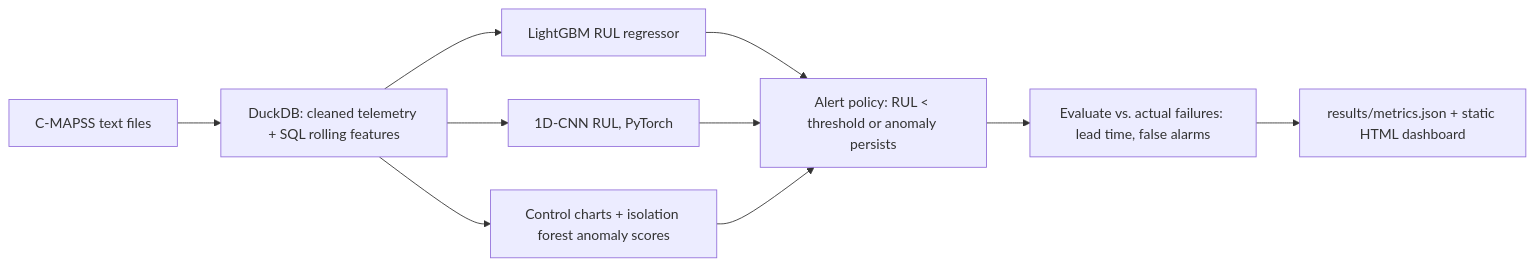
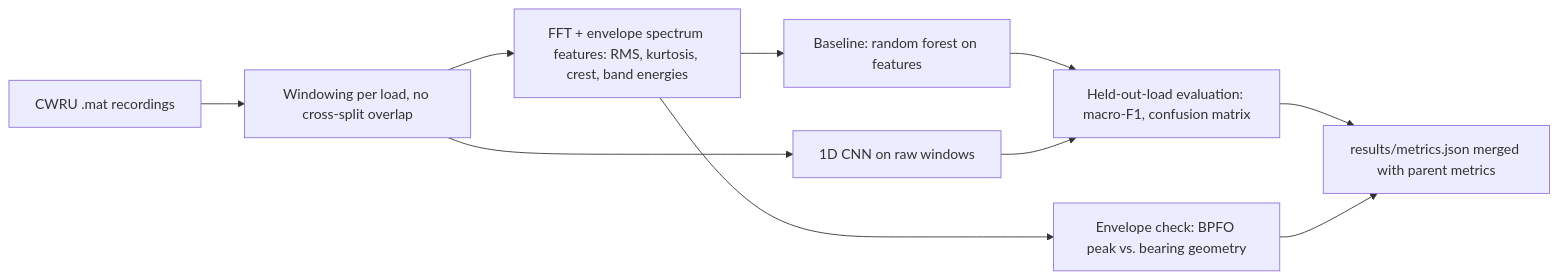
The diagram in SPEC.md (sudhir-77/predictive-maintenance-vibration), drawn with Mermaid before and after one commit. The commit also changed other lines of this file and 1 other file, not shown here.

Commit message:
Start vibration extension from verified predictive-maintenance-ops (parent spec kept as PARENT_SPEC.md)

````diff
--- a/SPEC.md
+++ b/SPEC.md
@@ -24,10 +24,10 @@
 ```mermaid
 flowchart LR
-  A[C-MAPSS text files] --> B[DuckDB: cleaned telemetry + SQL rolling features]
-  B --> C[LightGBM RUL regressor]
-  B --> D[1D-CNN RUL, PyTorch]
-  B --> E[Control charts + isolation forest anomaly scores]
-  C & D & E --> F[Alert policy: RUL < threshold or anomaly persists]
-  F --> G[Evaluate vs. actual failures: lead time, false alarms]
-  G --> H[results/metrics.json + static HTML dashboard]
+  A[CWRU .mat recordings] --> B[Windowing per load, no cross-split overlap]
+  B --> C[FFT + envelope spectrum features: RMS, kurtosis, crest, band energies]
+  C --> D[Baseline: random forest on features]
+  B --> E[1D CNN on raw windows]
+  D & E --> F[Held-out-load evaluation: macro-F1, confusion matrix]
+  C --> G[Envelope check: BPFO peak vs. bearing geometry]
+  F & G --> H[results/metrics.json merged with parent metrics]
 ```
````
